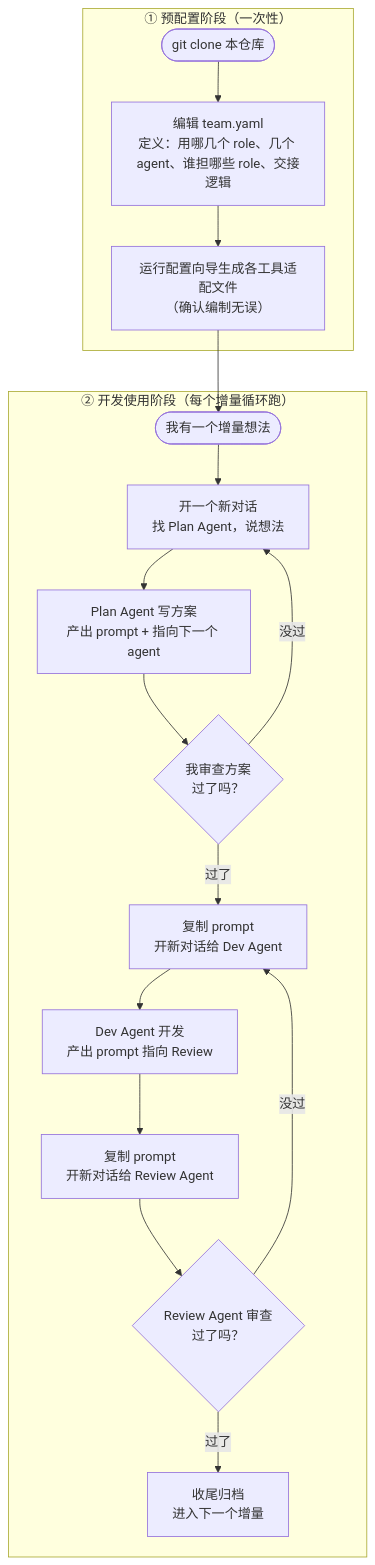
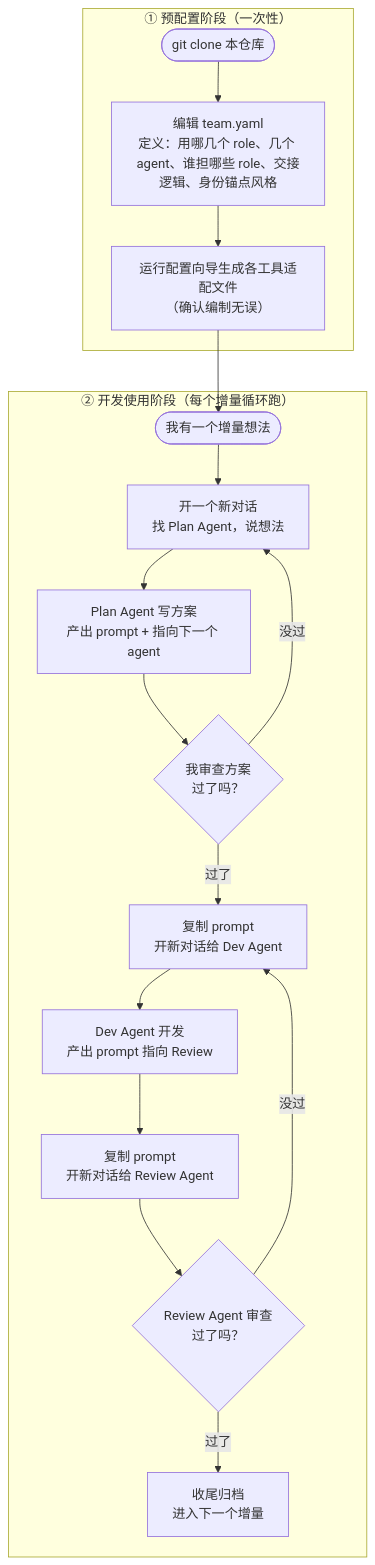
The diagram in README.md (Fu-fangteng/agent-emperor), drawn with Mermaid before and after one commit. The commit also changed other lines of this file and 5 other files, not shown here.

````diff
--- a/README.md
+++ b/README.md
@@ -20,22 +20,22 @@
 ```mermaid
 flowchart TD
     subgraph P0["① 预配置阶段（一次性）"]
-        A0([git clone 本仓库]) --> A1["编辑 team.yaml<br/>定义：用哪几个 role、几个 agent、谁担哪些 role、交接逻辑"]
+        A0([git clone 本仓库]) --> A1["编辑 team.yaml<br/>定义：用哪几个 role、几个 agent、谁担哪些 role、交接逻辑、身份锚点风格"]
         A1 --> A2["运行配置向导生成各工具适配文件<br/>（确认编制无误）"]
     end
 
     A2 --> B0
 
     subgraph P1["② 开发使用阶段（每个增量循环跑）"]
         B0([我有一个增量想法]) --> B1["开一个新对话<br/>找 Plan Agent，说想法"]
         B1 --> B2["Plan Agent 写方案<br/>产出 prompt + 指向下一个 agent"]
         B2 --> B3{"我审查方案<br/>过了吗？"}
         B3 -- 没过 --> B1
         B3 -- 过了 --> B4["复制 prompt<br/>开新对话给 Dev Agent"]
         B4 --> B5["Dev Agent 开发<br/>产出 prompt 指向 Review"]
         B5 --> B6["复制 prompt<br/>开新对话给 Review Agent"]
         B6 --> B7{"Review Agent 审查<br/>过了吗？"}
         B7 -- 没过 --> B4
         B7 -- 过了 --> B8["收尾归档<br/>进入下一个增量"]
     end
 ```
````
